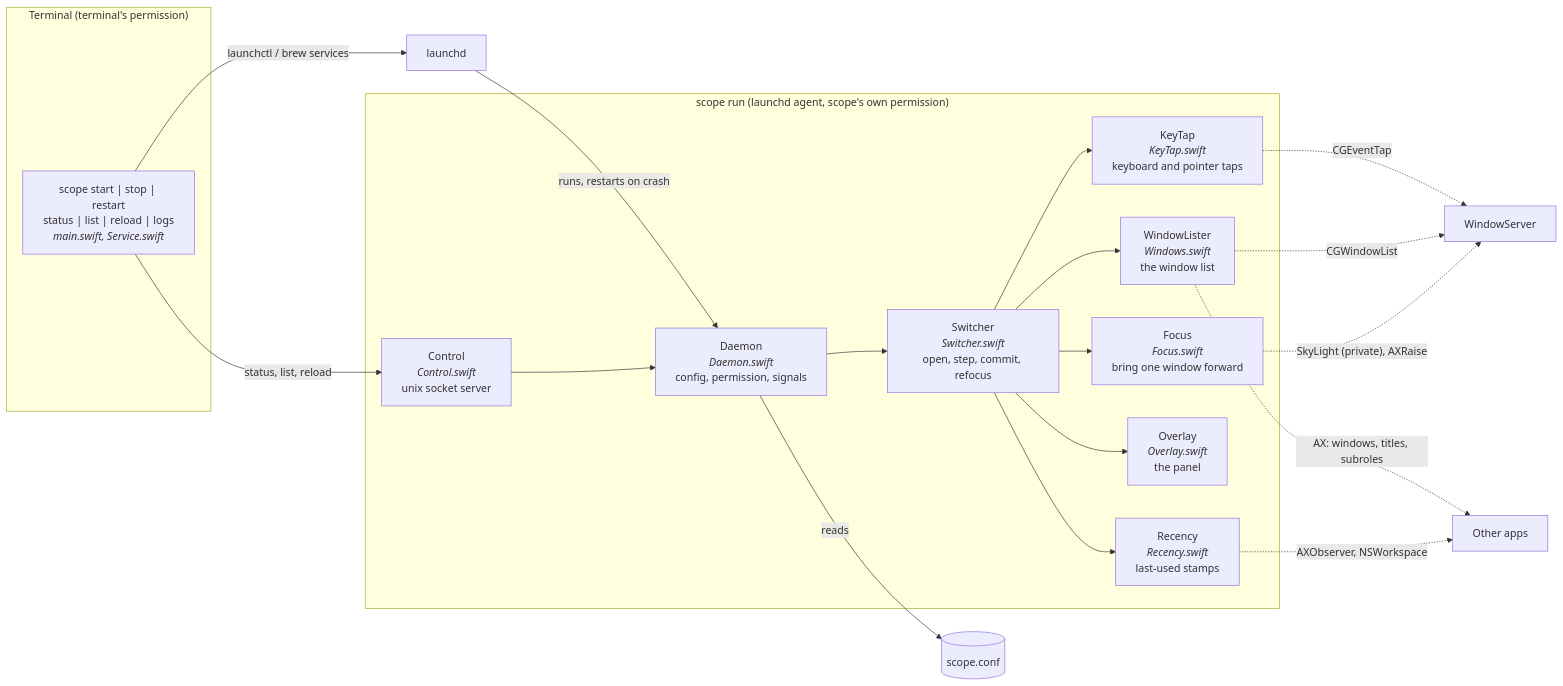
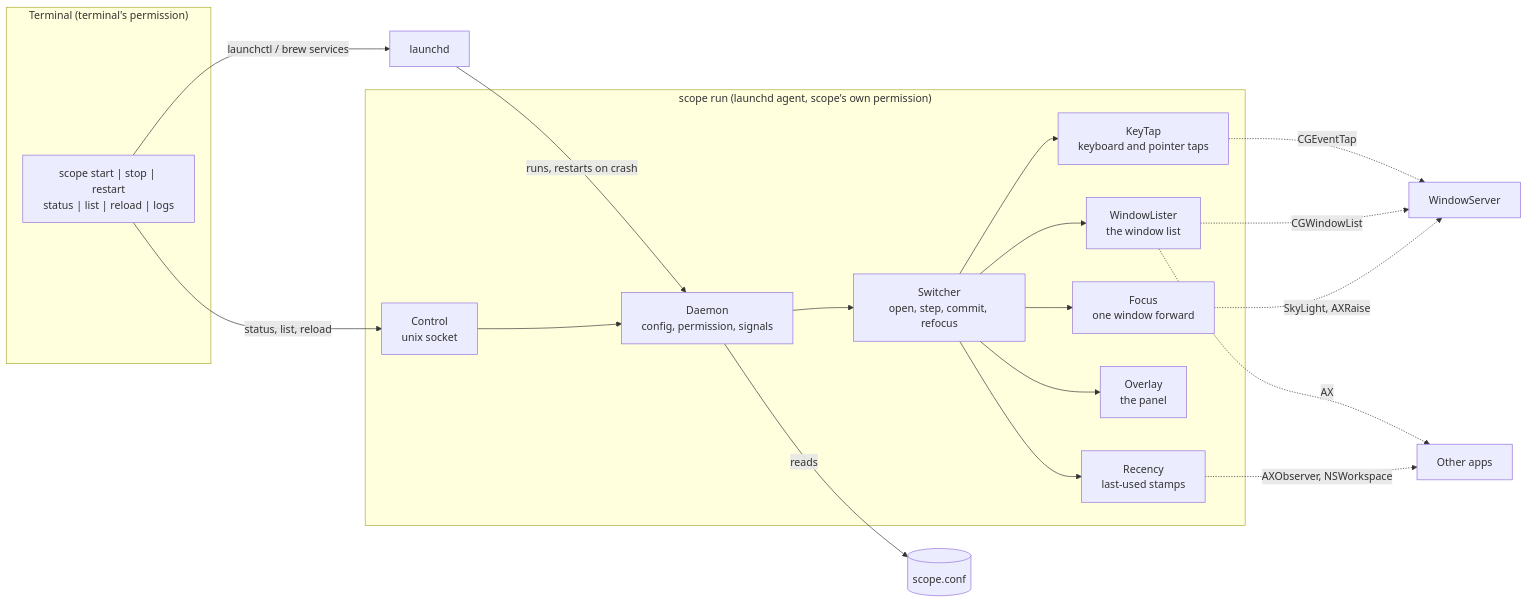
The first of 2 diagrams in IMPLEMENTATION.md (np25071984/Scope), drawn with Mermaid before and after one commit. The commit also changed other lines of this file, not shown here.

First line of the commit message:
Rewrite IMPLEMENTATION.md as a specification for rebuilding scope

````diff
--- a/IMPLEMENTATION.md
+++ b/IMPLEMENTATION.md
@@ -7,35 +86,35 @@
 ```mermaid
 flowchart LR
     subgraph shell["Terminal (terminal's permission)"]
-        CLI["scope start | stop | restart<br/>status | list | reload | logs<br/><i>main.swift, Service.swift</i>"]
+        CLI["scope start | stop | restart<br/>status | list | reload | logs"]
     end
 
     subgraph service["scope run (launchd agent, scope's own permission)"]
-        Daemon["Daemon<br/><i>Daemon.swift</i><br/>config, permission, signals"]
-        Control["Control<br/><i>Control.swift</i><br/>unix socket server"]
-        Switcher["Switcher<br/><i>Switcher.swift</i><br/>open, step, commit, refocus"]
-        KeyTap["KeyTap<br/><i>KeyTap.swift</i><br/>keyboard and pointer taps"]
-        WindowLister["WindowLister<br/><i>Windows.swift</i><br/>the window list"]
-        Recency["Recency<br/><i>Recency.swift</i><br/>last-used stamps"]
-        Overlay["Overlay<br/><i>Overlay.swift</i><br/>the panel"]
-        Focus["Focus<br/><i>Focus.swift</i><br/>bring one window forward"]
+        Daemon["Daemon<br/>config, permission, signals"]
+        Control["Control<br/>unix socket"]
+        Switcher["Switcher<br/>open, step, commit, refocus"]
+        KeyTap["KeyTap<br/>keyboard and pointer taps"]
+        WindowLister["WindowLister<br/>the window list"]
+        Recency["Recency<br/>last-used stamps"]
+        Overlay["Overlay<br/>the panel"]
+        Focus["Focus<br/>one window forward"]
     end
 
     CLI -- "launchctl / brew services" --> launchd
     launchd -- "runs, restarts on crash" --> Daemon
     CLI -- "status, list, reload" --> Control
     Control --> Daemon
     Daemon -- "reads" --> Conf[("scope.conf")]
     Daemon --> Switcher
     Switcher --> KeyTap
     Switcher --> WindowLister
     Switcher --> Recency
     Switcher --> Overlay
     Switcher --> Focus
 
     KeyTap -. "CGEventTap" .-> WS["WindowServer"]
     WindowLister -. "CGWindowList" .-> WS
-    WindowLister -. "AX: windows, titles, subroles" .-> Apps["Other apps"]
+    WindowLister -. "AX" .-> Apps["Other apps"]
     Recency -. "AXObserver, NSWorkspace" .-> Apps
-    Focus -. "SkyLight (private), AXRaise" .-> WS
+    Focus -. "SkyLight, AXRaise" .-> WS
 ```
````
